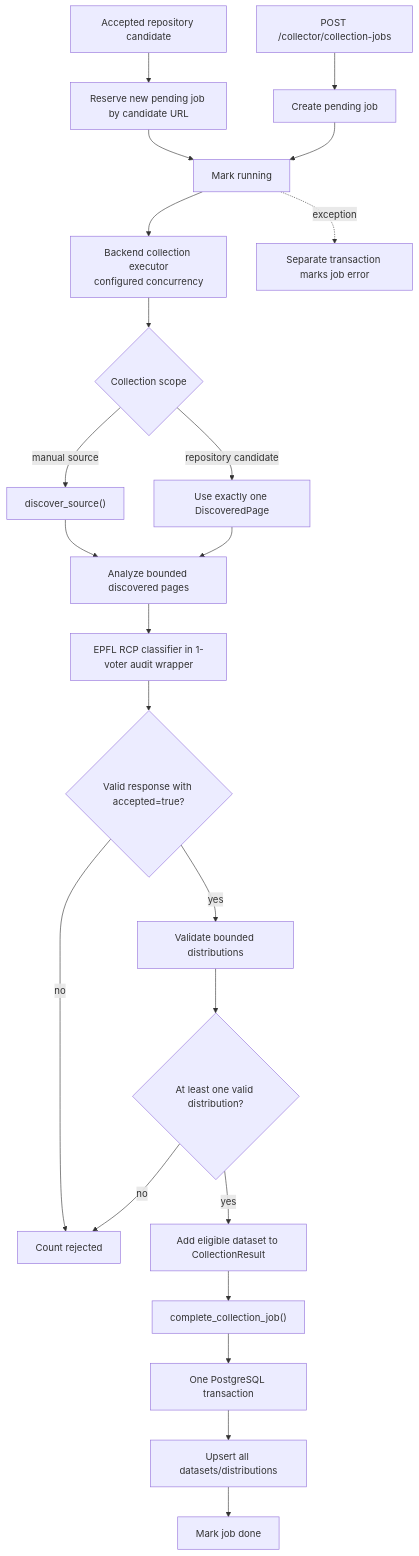
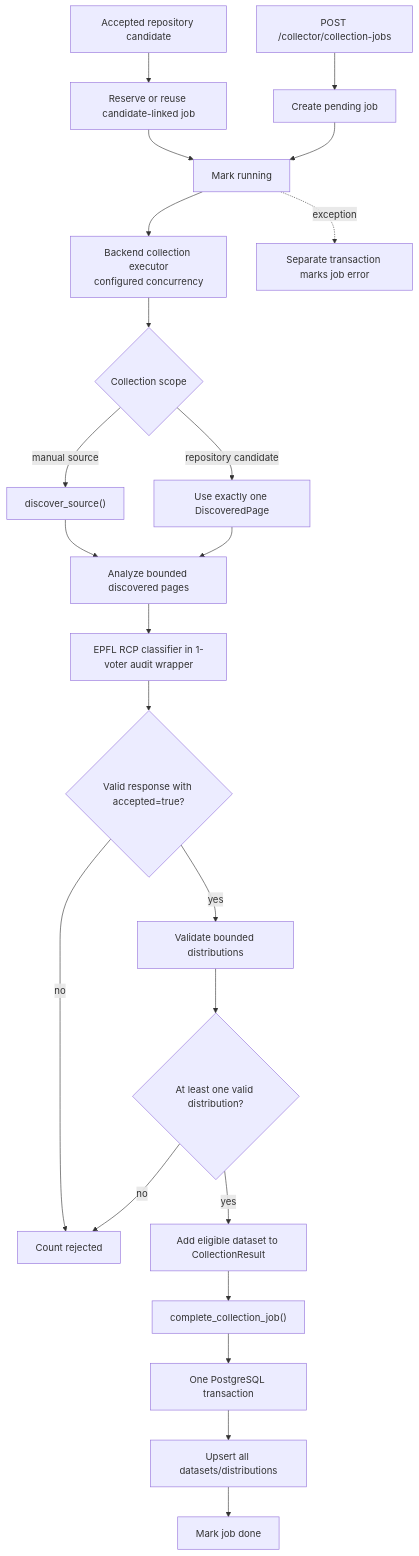
One commit to nicolasberlin/global-health-dataset-catalog changed the fourth of 4 diagrams in docs/technical-design-document.md. Above: the diagram before and after it, drawn with Mermaid. The commit also changed other lines of this file and 37 other files, not shown here.

````diff
--- a/docs/technical-design-document.md
+++ b/docs/technical-design-document.md
@@ -191,25 +218,25 @@
 ```mermaid
 flowchart TD
     Manual["POST /collector/collection-jobs"] --> Pending["Create pending job"]
-    Automatic["Accepted repository candidate"] --> AutoPending["Reserve new pending job by candidate URL"]
+    Automatic["Accepted repository candidate"] --> AutoPending["Reserve or reuse candidate-linked job"]
     AutoPending --> Running
     Pending --> Running["Mark running"]
     Running --> Bounded["Backend collection executor<br/>configured concurrency"]
     Bounded --> Scope{"Collection scope"}
     Scope -->|manual source| Discover["discover_source()"]
     Scope -->|repository candidate| Single["Use exactly one DiscoveredPage"]
     Discover --> Analyze["Analyze bounded discovered pages"]
     Single --> Analyze
     Analyze --> PageClassifier["EPFL RCP classifier in 1-voter audit wrapper"]
     PageClassifier --> Accepted{"Valid response with accepted=true?"}
     Accepted -->|no| Reject["Count rejected"]
     Accepted -->|yes| Validate["Validate bounded distributions"]
     Validate --> HasFile{"At least one valid distribution?"}
     HasFile -->|no| Reject
     HasFile -->|yes| Result["Add eligible dataset to CollectionResult"]
     Result --> Complete["complete_collection_job()"]
     Complete --> Transaction["One PostgreSQL transaction"]
     Transaction --> Save["Upsert all datasets/distributions"]
     Save --> Done["Mark job done"]
     Running -. exception .-> Error["Separate transaction marks job error"]
 ```
````
